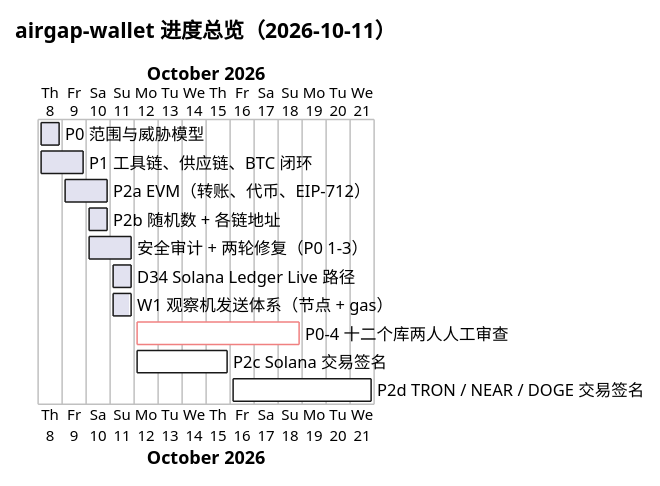
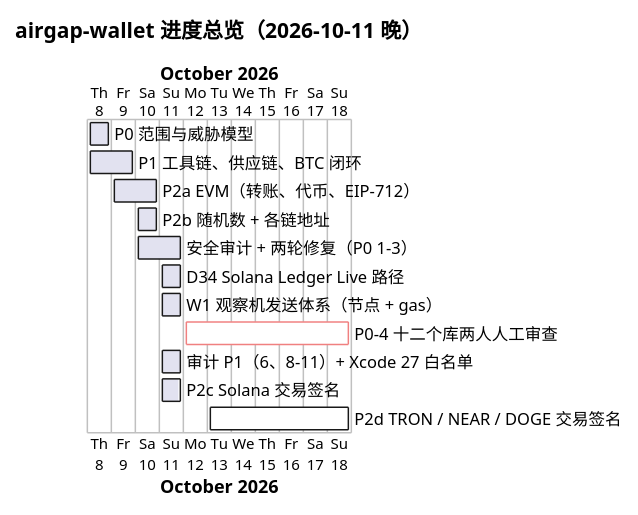
The diagram in docs/progress/overview.puml (Well365/si4ColdWallet), drawn with PlantUML before and after one commit. The commit also changed 9 other files, not shown here.

Commit message:
docs: D37 Solana rules, threat-model SOL row, P2c Feynman report (zh/en), progress diagrams

```diff
--- a/docs/progress/overview.puml
+++ b/docs/progress/overview.puml
@@ -1,27 +1,29 @@
 @startgantt overview
 ' airgap-wallet 全部阶段进度（2026-10-11）。数字来自本机测试与提交记录。
-title airgap-wallet 进度总览（2026-10-11）
+title airgap-wallet 进度总览（2026-10-11 晚）
 skinparam defaultFontName "PingFang SC"
 project starts 2026-10-08
 [P0 范围与威胁模型] starts 2026-10-08 and lasts 1 day
 [P0 范围与威胁模型] is 100% completed
 [P1 工具链、供应链、BTC 闭环] starts 2026-10-08 and lasts 2 days
 [P1 工具链、供应链、BTC 闭环] is 100% completed
 [P2a EVM（转账、代币、EIP-712）] starts 2026-10-09 and lasts 2 days
 [P2a EVM（转账、代币、EIP-712）] is 100% completed
 [P2b 随机数 + 各链地址] starts 2026-10-10 and lasts 1 day
 [P2b 随机数 + 各链地址] is 100% completed
 [安全审计 + 两轮修复（P0 1–3）] starts 2026-10-10 and lasts 2 days
 [安全审计 + 两轮修复（P0 1–3）] is 100% completed
 [D34 Solana Ledger Live 路径] starts 2026-10-11 and lasts 1 day
 [D34 Solana Ledger Live 路径] is 100% completed
 [W1 观察机发送体系（节点 + gas）] starts 2026-10-11 and lasts 1 day
-[W1 观察机发送体系（节点 + gas）] is 90% completed
+[W1 观察机发送体系（节点 + gas）] is 100% completed
 [P0-4 十二个库两人人工审查] starts 2026-10-12 and lasts 7 days
 [P0-4 十二个库两人人工审查] is 0% completed
 [P0-4 十二个库两人人工审查] is colored in LightCoral
-[P2c Solana 交易签名] starts 2026-10-12 and lasts 4 days
-[P2c Solana 交易签名] is 0% completed
-[P2d TRON / NEAR / DOGE 交易签名] starts 2026-10-16 and lasts 6 days
+[审计 P1（6、8–11）+ Xcode 27 白名单] starts 2026-10-11 and lasts 1 day
+[审计 P1（6、8–11）+ Xcode 27 白名单] is 100% completed
+[P2c Solana 交易签名] starts 2026-10-11 and lasts 1 day
+[P2c Solana 交易签名] is 90% completed
+[P2d TRON / NEAR / DOGE 交易签名] starts 2026-10-13 and lasts 6 days
 [P2d TRON / NEAR / DOGE 交易签名] is 0% completed
 @endgantt
```
